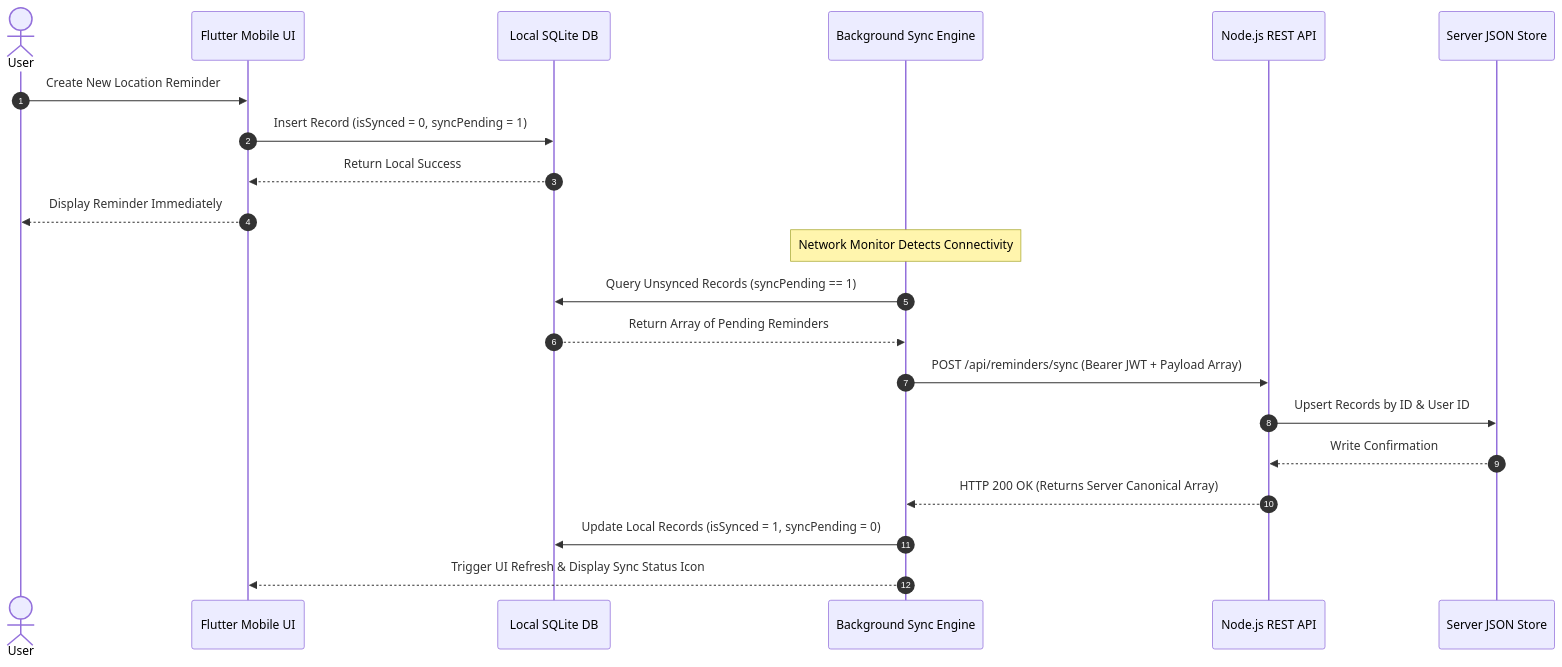
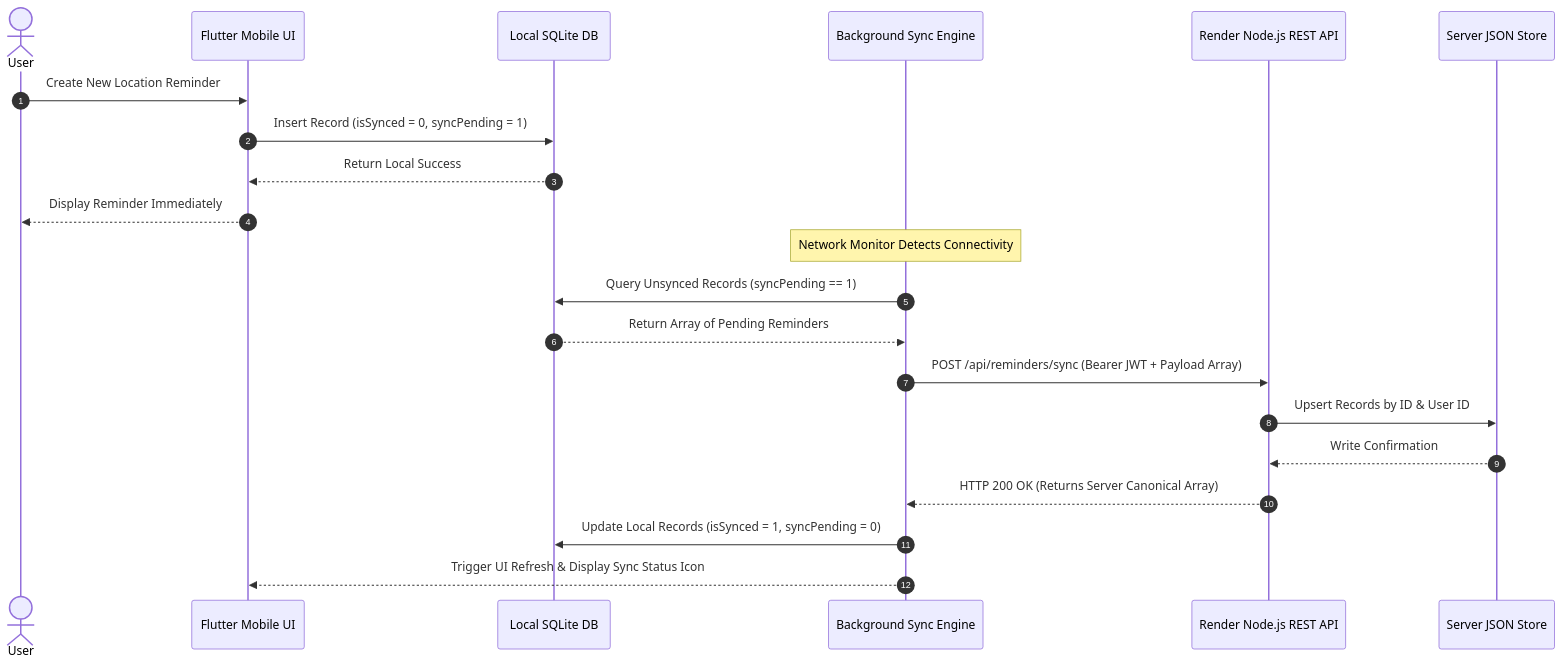
The third of 5 diagrams in README.md (TheOrionGD/SmartSpot), drawn with Mermaid before and after one commit. The commit also changed other lines of this file, not shown here.

Commit message:
docs: update system documentation, live Render backend URL, and release metadata

````diff
--- a/README.md
+++ b/README.md
@@ -290,28 +293,28 @@
 ```mermaid
 sequenceDiagram
     autonumber
     actor User
     participant MobileUI as Flutter Mobile UI
     participant SQLite as Local SQLite DB
     participant SyncEngine as Background Sync Engine
-    participant CloudAPI as Node.js REST API
+    participant CloudAPI as Render Node.js REST API
     participant ServerDB as Server JSON Store
 
     User->>MobileUI: Create New Location Reminder
     MobileUI->>SQLite: Insert Record (isSynced = 0, syncPending = 1)
     SQLite-->>MobileUI: Return Local Success
     MobileUI-->>User: Display Reminder Immediately
 
     Note over SyncEngine: Network Monitor Detects Connectivity
 
     SyncEngine->>SQLite: Query Unsynced Records (syncPending == 1)
     SQLite-->>SyncEngine: Return Array of Pending Reminders
     SyncEngine->>CloudAPI: POST /api/reminders/sync (Bearer JWT + Payload Array)
     
     CloudAPI->>ServerDB: Upsert Records by ID & User ID
     ServerDB-->>CloudAPI: Write Confirmation
     CloudAPI-->>SyncEngine: HTTP 200 OK (Returns Server Canonical Array)
     
     SyncEngine->>SQLite: Update Local Records (isSynced = 1, syncPending = 0)
     SyncEngine-->>MobileUI: Trigger UI Refresh & Display Sync Status Icon
 ```
````
